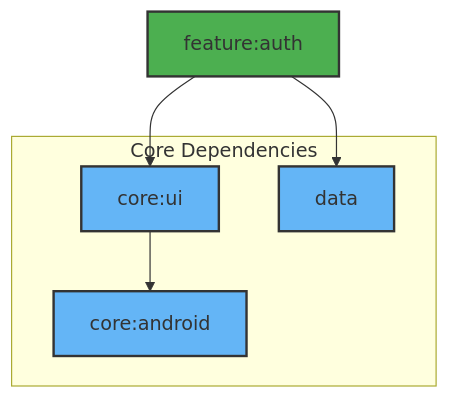
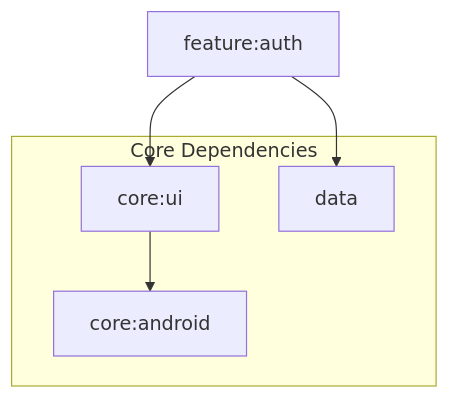
Before and after one commit to atick-faisal/Jetpack-Android-Starter: the diagram in feature/auth/README.md, drawn with Mermaid. The commit also changed 31 other files, not shown here.

````diff
--- a/feature/auth/README.md
+++ b/feature/auth/README.md
@@ -17,17 +17,12 @@
 ```mermaid
 graph TD
     A[feature:auth] --> B[core:ui]
     A --> C[data]
     B --> D[core:android]
 
     subgraph "Core Dependencies"
         B
         C
         D
     end
-
-    style A fill: #4CAF50, stroke: #333, stroke-width: 2px
-    style B fill: #64B5F6, stroke: #333, stroke-width: 2px
-    style C fill: #64B5F6, stroke: #333, stroke-width: 2px
-    style D fill: #64B5F6, stroke: #333, stroke-width: 2px
 ```
````
